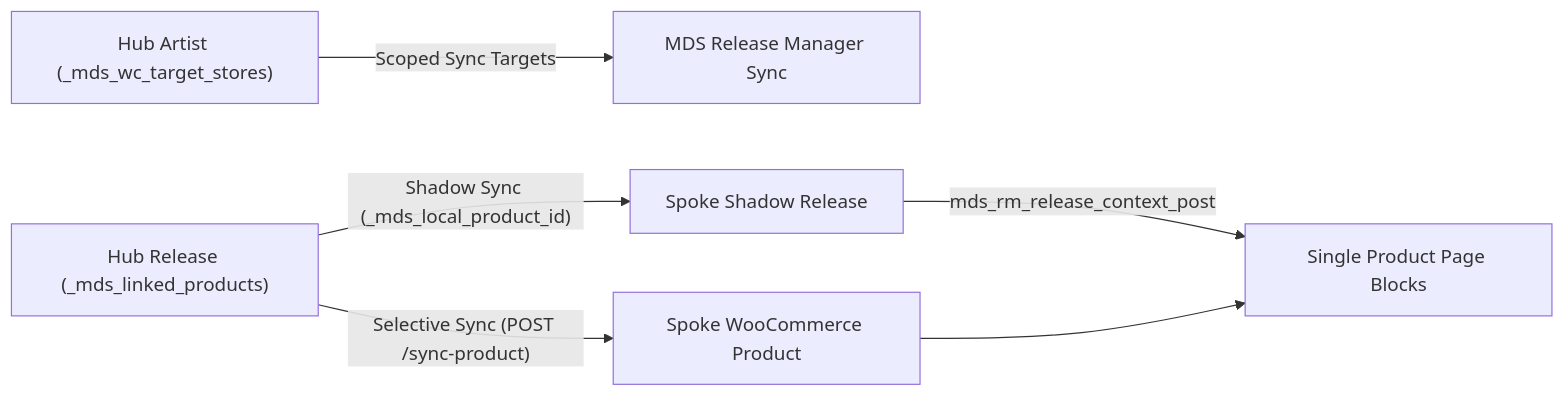
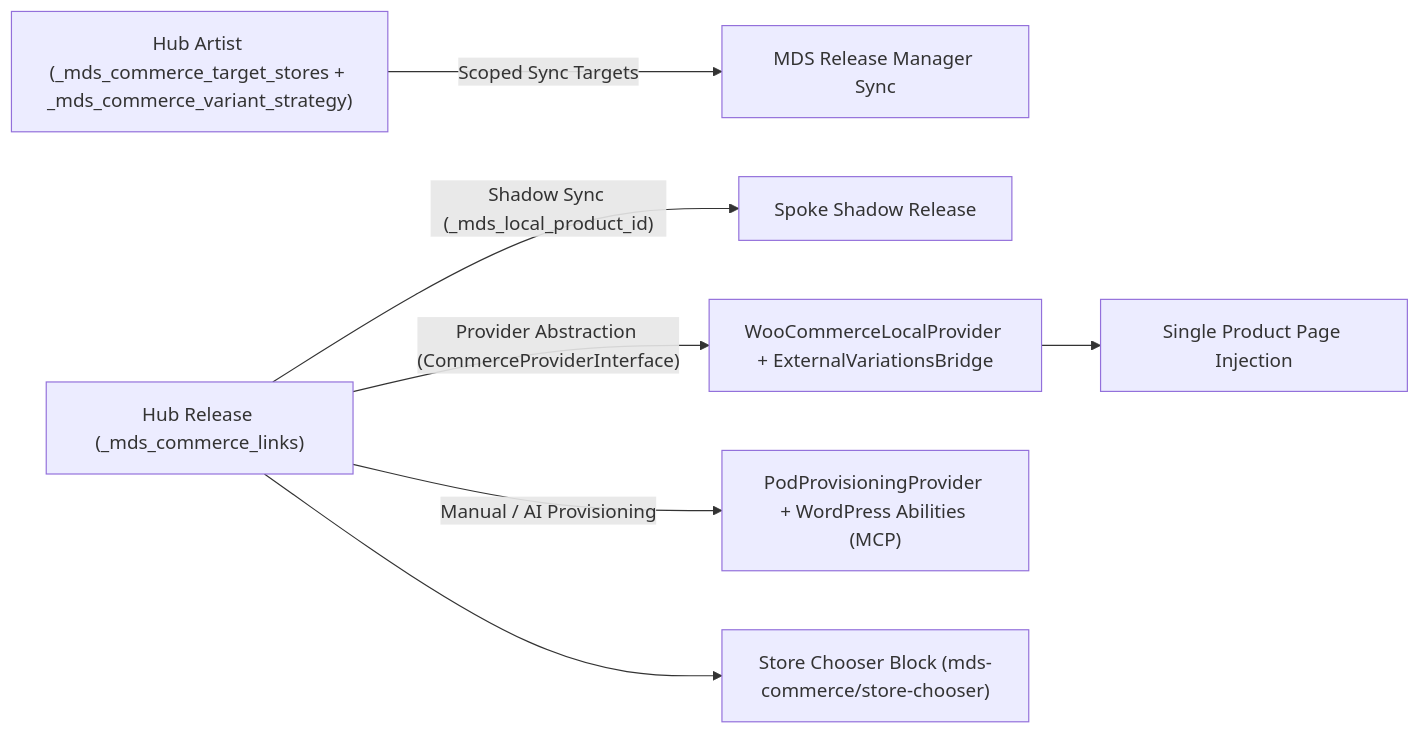
Before and after one commit to bwalton64/mds-commerce: the diagram in .agents/technical-blueprint.md, drawn with Mermaid. The commit also changed other lines of this file and 50 other files, not shown here.

````diff
--- a/.agents/technical-blueprint.md
+++ b/.agents/technical-blueprint.md
@@ -12,8 +12,9 @@
 ```mermaid
 flowchart LR
-    HubArtist["Hub Artist (_mds_wc_target_stores)"] -->|"Scoped Sync Targets"| Sync["MDS Release Manager Sync"]
-    HubRelease["Hub Release (_mds_linked_products)"] -->|"Shadow Sync (_mds_local_product_id)"| SpokeRelease["Spoke Shadow Release"]
-    HubRelease -->|"Selective Sync (POST /sync-product)"| Product["Spoke WooCommerce Product"]
-    SpokeRelease -->|"mds_rm_release_context_post"| ProductPage["Single Product Page Blocks"]
-    Product --> ProductPage
+    HubArtist["Hub Artist (_mds_commerce_target_stores + _mds_commerce_variant_strategy)"] -->|"Scoped Sync Targets"| Sync["MDS Release Manager Sync"]
+    HubRelease["Hub Release (_mds_commerce_links)"] -->|"Shadow Sync (_mds_local_product_id)"| SpokeRelease["Spoke Shadow Release"]
+    HubRelease -->|"Provider Abstraction (CommerceProviderInterface)"| WCLocal["WooCommerceLocalProvider + ExternalVariationsBridge"]
+    HubRelease -->|"Manual / AI Provisioning"| PodPrep["PodProvisioningProvider + WordPress Abilities (MCP)"]
+    WCLocal --> ProductPage["Single Product Page Injection"]
+    HubRelease --> Chooser["Store Chooser Block (mds-commerce/store-chooser)"]
 ```
````
